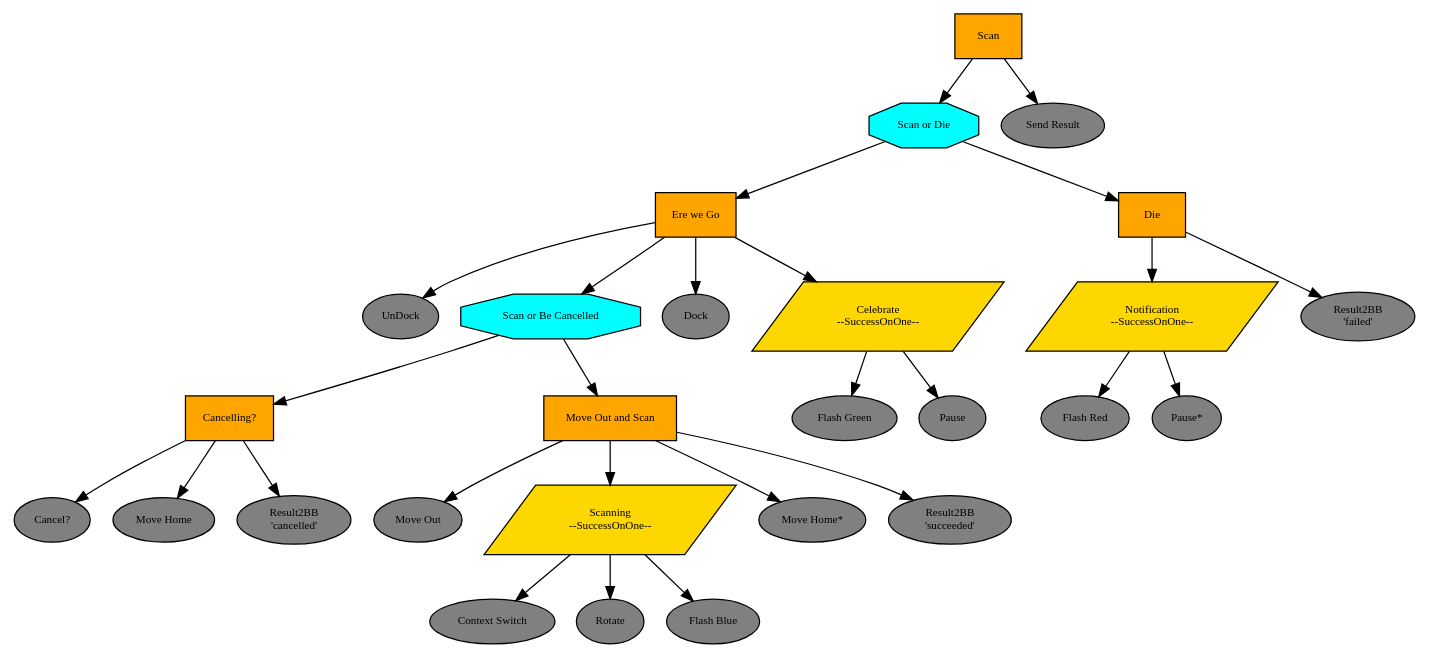
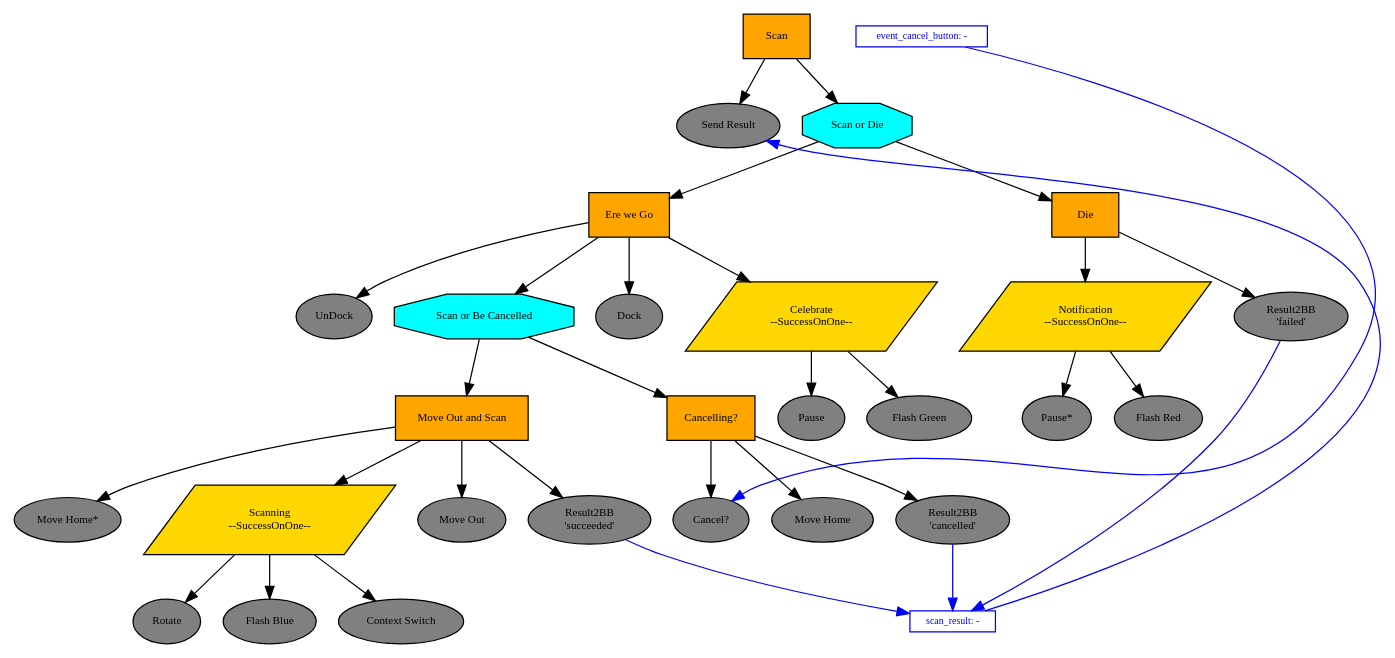
The diagram in doc/dot/tutorial-eight-application-subtree.dot (splintered-reality/py_trees_ros_tutorials), drawn with Graphviz before and after one commit. The commit also changed 13 other files, not shown here.

```diff
--- a/doc/dot/tutorial-eight-application-subtree.dot
+++ b/doc/dot/tutorial-eight-application-subtree.dot
@@ -1,58 +1,141 @@
 digraph pastafarianism {
 graph [fontname="times-roman"];
 node [fontname="times-roman"];
 edge [fontname="times-roman"];
 Scan [label=Scan, shape=box, style=filled, fillcolor=orange, fontsize=9, fontcolor=black];
 "Scan or Die" [label="Scan or Die", shape=octagon, style=filled, fillcolor=cyan, fontsize=9, fontcolor=black];
 Scan -> "Scan or Die";
 "Ere we Go" [label="Ere we Go", shape=box, style=filled, fillcolor=orange, fontsize=9, fontcolor=black];
 "Scan or Die" -> "Ere we Go";
 UnDock [label=UnDock, shape=ellipse, style=filled, fillcolor=gray, fontsize=9, fontcolor=black];
 "Ere we Go" -> UnDock;
 "Scan or Be Cancelled" [label="Scan or Be Cancelled", shape=octagon, style=filled, fillcolor=cyan, fontsize=9, fontcolor=black];
 "Ere we Go" -> "Scan or Be Cancelled";
 "Cancelling?" [label="Cancelling?", shape=box, style=filled, fillcolor=orange, fontsize=9, fontcolor=black];
 "Scan or Be Cancelled" -> "Cancelling?";
 "Cancel?" [label="Cancel?", shape=ellipse, style=filled, fillcolor=gray, fontsize=9, fontcolor=black];
 "Cancelling?" -> "Cancel?";
 "Move Home" [label="Move Home", shape=ellipse, style=filled, fillcolor=gray, fontsize=9, fontcolor=black];
 "Cancelling?" -> "Move Home";
 "Result2BB\n'cancelled'" [label="Result2BB\n'cancelled'", shape=ellipse, style=filled, fillcolor=gray, fontsize=9, fontcolor=black];
 "Cancelling?" -> "Result2BB\n'cancelled'";
+subgraph  {
+label="children_of_Cancelling?";
+rank=same;
+"Cancel?" [label="Cancel?", shape=ellipse, style=filled, fillcolor=gray, fontsize=9, fontcolor=black];
+"Move Home" [label="Move Home", shape=ellipse, style=filled, fillcolor=gray, fontsize=9, fontcolor=black];
+"Result2BB\n'cancelled'" [label="Result2BB\n'cancelled'", shape=ellipse, style=filled, fillcolor=gray, fontsize=9, fontcolor=black];
+}
+
 "Move Out and Scan" [label="Move Out and Scan", shape=box, style=filled, fillcolor=orange, fontsize=9, fontcolor=black];
 "Scan or Be Cancelled" -> "Move Out and Scan";
 "Move Out" [label="Move Out", shape=ellipse, style=filled, fillcolor=gray, fontsize=9, fontcolor=black];
 "Move Out and Scan" -> "Move Out";
 Scanning [label="Scanning\n--SuccessOnOne--", shape=parallelogram, style=filled, fillcolor=gold, fontsize=9, fontcolor=black];
 "Move Out and Scan" -> Scanning;
 "Context Switch" [label="Context Switch", shape=ellipse, style=filled, fillcolor=gray, fontsize=9, fontcolor=black];
 Scanning -> "Context Switch";
 Rotate [label=Rotate, shape=ellipse, style=filled, fillcolor=gray, fontsize=9, fontcolor=black];
 Scanning -> Rotate;
 "Flash Blue" [label="Flash Blue", shape=ellipse, style=filled, fillcolor=gray, fontsize=9, fontcolor=black];
 Scanning -> "Flash Blue";
+subgraph  {
+label=children_of_Scanning;
+rank=same;
+"Context Switch" [label="Context Switch", shape=ellipse, style=filled, fillcolor=gray, fontsize=9, fontcolor=black];
+Rotate [label=Rotate, shape=ellipse, style=filled, fillcolor=gray, fontsize=9, fontcolor=black];
+"Flash Blue" [label="Flash Blue", shape=ellipse, style=filled, fillcolor=gray, fontsize=9, fontcolor=black];
+}
+
 "Move Home*" [label="Move Home*", shape=ellipse, style=filled, fillcolor=gray, fontsize=9, fontcolor=black];
 "Move Out and Scan" -> "Move Home*";
 "Result2BB\n'succeeded'" [label="Result2BB\n'succeeded'", shape=ellipse, style=filled, fillcolor=gray, fontsize=9, fontcolor=black];
 "Move Out and Scan" -> "Result2BB\n'succeeded'";
+subgraph  {
+label="children_of_Move Out and Scan";
+rank=same;
+"Move Out" [label="Move Out", shape=ellipse, style=filled, fillcolor=gray, fontsize=9, fontcolor=black];
+Scanning [label="Scanning\n--SuccessOnOne--", shape=parallelogram, style=filled, fillcolor=gold, fontsize=9, fontcolor=black];
+"Move Home*" [label="Move Home*", shape=ellipse, style=filled, fillcolor=gray, fontsize=9, fontcolor=black];
+"Result2BB\n'succeeded'" [label="Result2BB\n'succeeded'", shape=ellipse, style=filled, fillcolor=gray, fontsize=9, fontcolor=black];
+}
+
+subgraph  {
+label="children_of_Scan or Be Cancelled";
+rank=same;
+"Cancelling?" [label="Cancelling?", shape=box, style=filled, fillcolor=orange, fontsize=9, fontcolor=black];
+"Move Out and Scan" [label="Move Out and Scan", shape=box, style=filled, fillcolor=orange, fontsize=9, fontcolor=black];
+}
+
 Dock [label=Dock, shape=ellipse, style=filled, fillcolor=gray, fontsize=9, fontcolor=black];
 "Ere we Go" -> Dock;
 Celebrate [label="Celebrate\n--SuccessOnOne--", shape=parallelogram, style=filled, fillcolor=gold, fontsize=9, fontcolor=black];
 "Ere we Go" -> Celebrate;
 "Flash Green" [label="Flash Green", shape=ellipse, style=filled, fillcolor=gray, fontsize=9, fontcolor=black];
 Celebrate -> "Flash Green";
 Pause [label=Pause, shape=ellipse, style=filled, fillcolor=gray, fontsize=9, fontcolor=black];
 Celebrate -> Pause;
+subgraph  {
+label=children_of_Celebrate;
+rank=same;
+"Flash Green" [label="Flash Green", shape=ellipse, style=filled, fillcolor=gray, fontsize=9, fontcolor=black];
+Pause [label=Pause, shape=ellipse, style=filled, fillcolor=gray, fontsize=9, fontcolor=black];
+}
+
+subgraph  {
+label="children_of_Ere we Go";
+rank=same;
+UnDock [label=UnDock, shape=ellipse, style=filled, fillcolor=gray, fontsize=9, fontcolor=black];
+"Scan or Be Cancelled" [label="Scan or Be Cancelled", shape=octagon, style=filled, fillcolor=cyan, fontsize=9, fontcolor=black];
+Dock [label=Dock, shape=ellipse, style=filled, fillcolor=gray, fontsize=9, fontcolor=black];
+Celebrate [label="Celebrate\n--SuccessOnOne--", shape=parallelogram, style=filled, fillcolor=gold, fontsize=9, fontcolor=black];
+}
+
 Die [label=Die, shape=box, style=filled, fillcolor=orange, fontsize=9, fontcolor=black];
 "Scan or Die" -> Die;
 Notification [label="Notification\n--SuccessOnOne--", shape=parallelogram, style=filled, fillcolor=gold, fontsize=9, fontcolor=black];
 Die -> Notification;
 "Flash Red" [label="Flash Red", shape=ellipse, style=filled, fillcolor=gray, fontsize=9, fontcolor=black];
 Notification -> "Flash Red";
 "Pause*" [label="Pause*", shape=ellipse, style=filled, fillcolor=gray, fontsize=9, fontcolor=black];
 Notification -> "Pause*";
+subgraph  {
+label=children_of_Notification;
+rank=same;
+"Flash Red" [label="Flash Red", shape=ellipse, style=filled, fillcolor=gray, fontsize=9, fontcolor=black];
+"Pause*" [label="Pause*", shape=ellipse, style=filled, fillcolor=gray, fontsize=9, fontcolor=black];
+}
+
 "Result2BB\n'failed'" [label="Result2BB\n'failed'", shape=ellipse, style=filled, fillcolor=gray, fontsize=9, fontcolor=black];
 Die -> "Result2BB\n'failed'";
+subgraph  {
+label=children_of_Die;
+rank=same;
+Notification [label="Notification\n--SuccessOnOne--", shape=parallelogram, style=filled, fillcolor=gold, fontsize=9, fontcolor=black];
+"Result2BB\n'failed'" [label="Result2BB\n'failed'", shape=ellipse, style=filled, fillcolor=gray, fontsize=9, fontcolor=black];
+}
+
+subgraph  {
+label="children_of_Scan or Die";
+rank=same;
+"Ere we Go" [label="Ere we Go", shape=box, style=filled, fillcolor=orange, fontsize=9, fontcolor=black];
+Die [label=Die, shape=box, style=filled, fillcolor=orange, fontsize=9, fontcolor=black];
+}
+
 "Send Result" [label="Send Result", shape=ellipse, style=filled, fillcolor=gray, fontsize=9, fontcolor=black];
 Scan -> "Send Result";
+subgraph  {
+label=children_of_Scan;
+rank=same;
+"Scan or Die" [label="Scan or Die", shape=octagon, style=filled, fillcolor=cyan, fontsize=9, fontcolor=black];
+"Send Result" [label="Send Result", shape=ellipse, style=filled, fillcolor=gray, fontsize=9, fontcolor=black];
 }
+
+scan_result [label="scan_result: -", shape=box, style=filled, color=blue, fillcolor=white, fontsize=8, fontcolor=blue, width=0, height=0, fixedsize=False];
+scan_result -> "Send Result"  [color=blue, constraint=False];
+"Result2BB\n'failed'" -> scan_result  [color=blue, constraint=True];
+"Result2BB\n'succeeded'" -> scan_result  [color=blue, constraint=True];
+"Result2BB\n'cancelled'" -> scan_result  [color=blue, constraint=True];
+event_cancel_button [label="event_cancel_button: -", shape=box, style=filled, color=blue, fillcolor=white, fontsize=8, fontcolor=blue, width=0, height=0, fixedsize=False];
+event_cancel_button -> "Cancel?"  [color=blue, constraint=False];
+}
```
